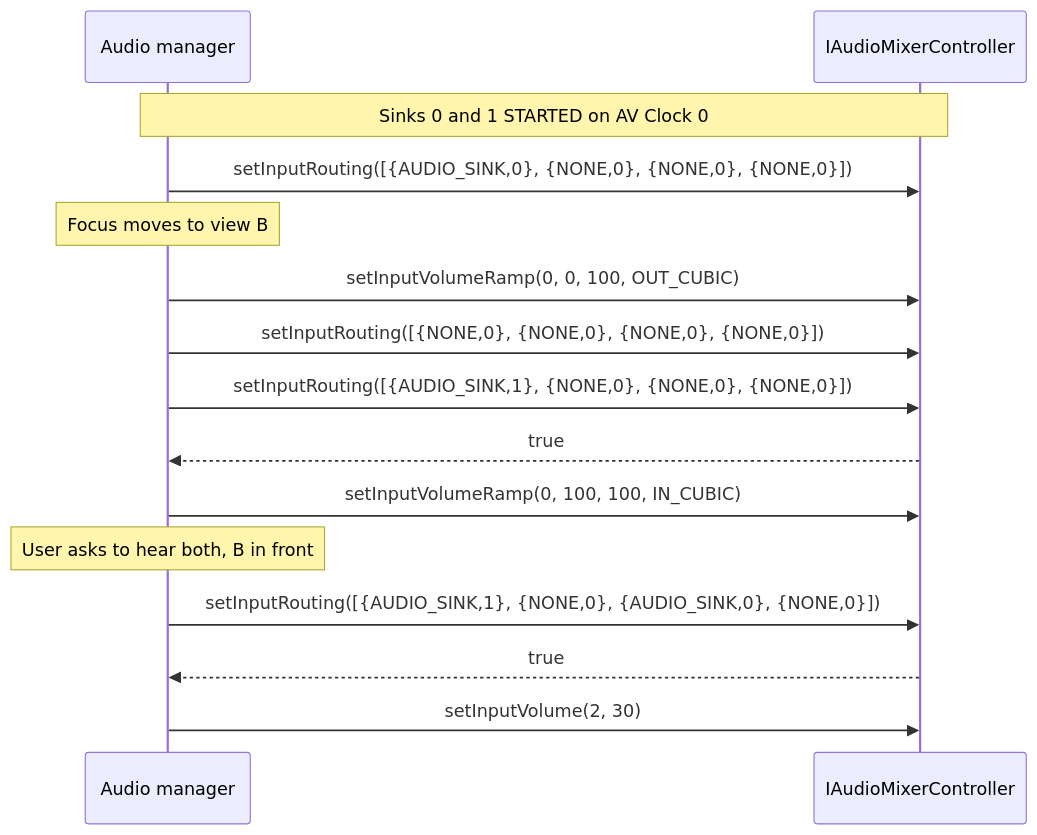
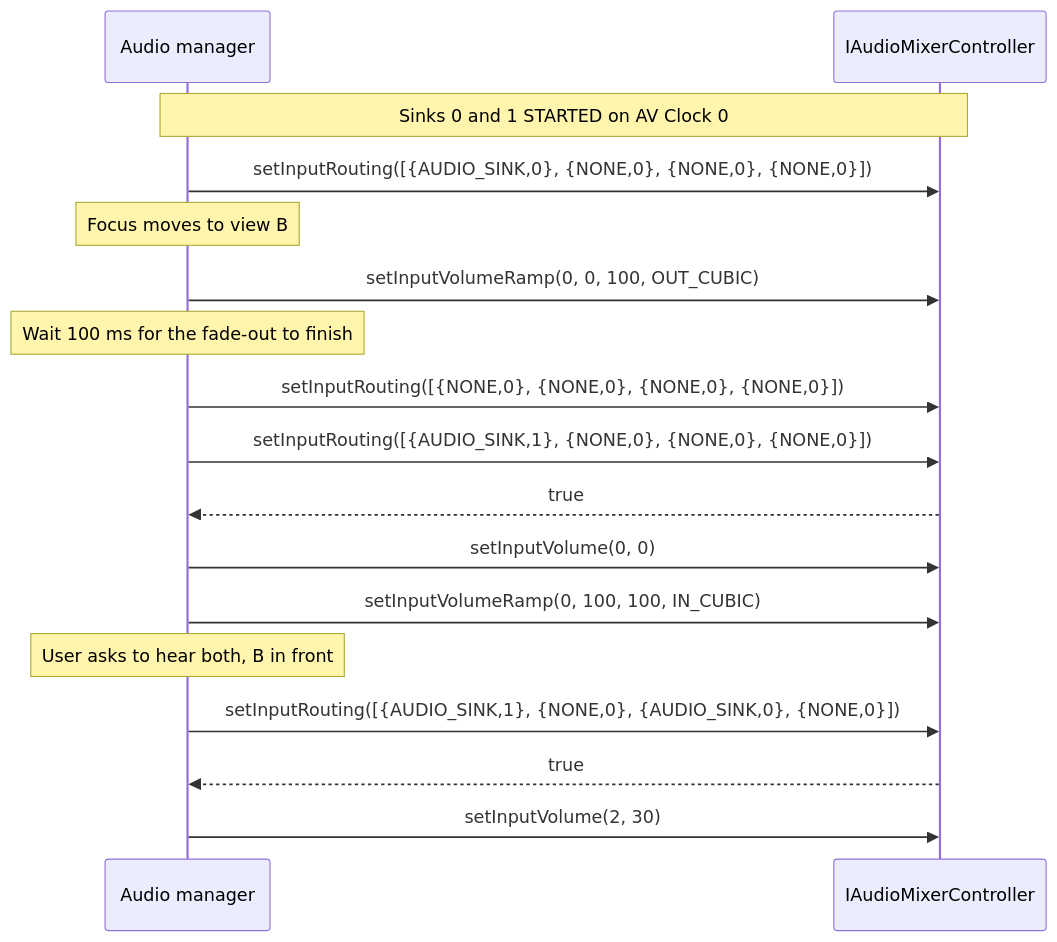
The eighth of 9 diagrams in audiomixer/current/docs/use_cases.md (rdkcentral/rdk-halif-aidl), drawn with Mermaid before and after one commit. The commit also changed other lines of this file and 1 other file, not shown here.

First line of the commit message:
Fix #354: Correct audiomixer use-case sequences

````diff
--- a/audiomixer/current/docs/use_cases.md
+++ b/audiomixer/current/docs/use_cases.md
@@ -473,18 +481,20 @@
 ```mermaid
 sequenceDiagram
     participant AM as Audio manager
     participant MC as IAudioMixerController
 
     Note over AM,MC: Sinks 0 and 1 STARTED on AV Clock 0
     AM->>MC: setInputRouting([{AUDIO_SINK,0}, {NONE,0}, {NONE,0}, {NONE,0}])
     Note over AM: Focus moves to view B
     AM->>MC: setInputVolumeRamp(0, 0, 100, OUT_CUBIC)
+    Note over AM: Wait 100 ms for the fade-out to finish
     AM->>MC: setInputRouting([{NONE,0}, {NONE,0}, {NONE,0}, {NONE,0}])
     AM->>MC: setInputRouting([{AUDIO_SINK,1}, {NONE,0}, {NONE,0}, {NONE,0}])
     MC-->>AM: true
+    AM->>MC: setInputVolume(0, 0)
     AM->>MC: setInputVolumeRamp(0, 100, 100, IN_CUBIC)
     Note over AM: User asks to hear both, B in front
     AM->>MC: setInputRouting([{AUDIO_SINK,1}, {NONE,0}, {AUDIO_SINK,0}, {NONE,0}])
     MC-->>AM: true
     AM->>MC: setInputVolume(2, 30)
 ```
````
